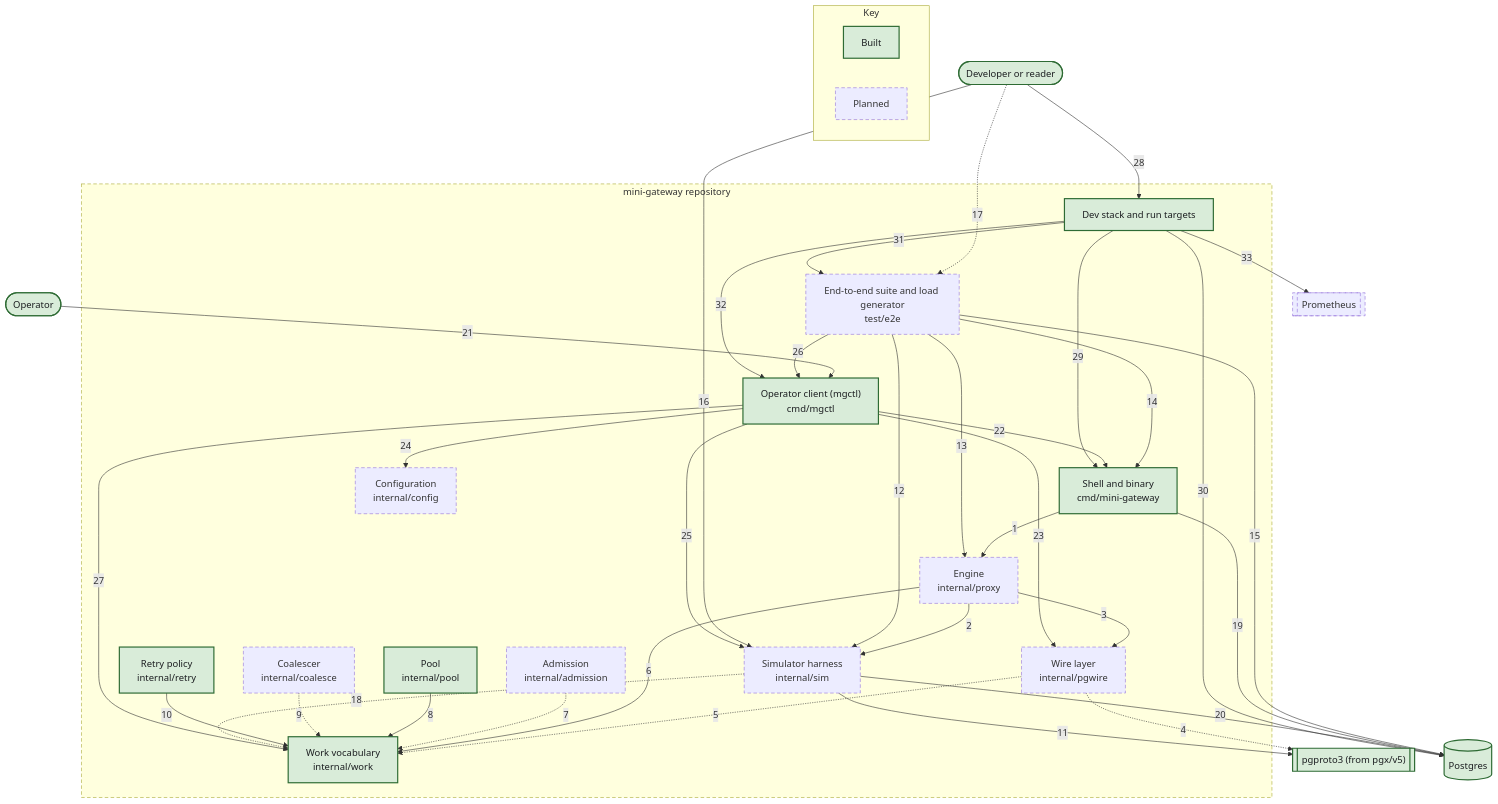
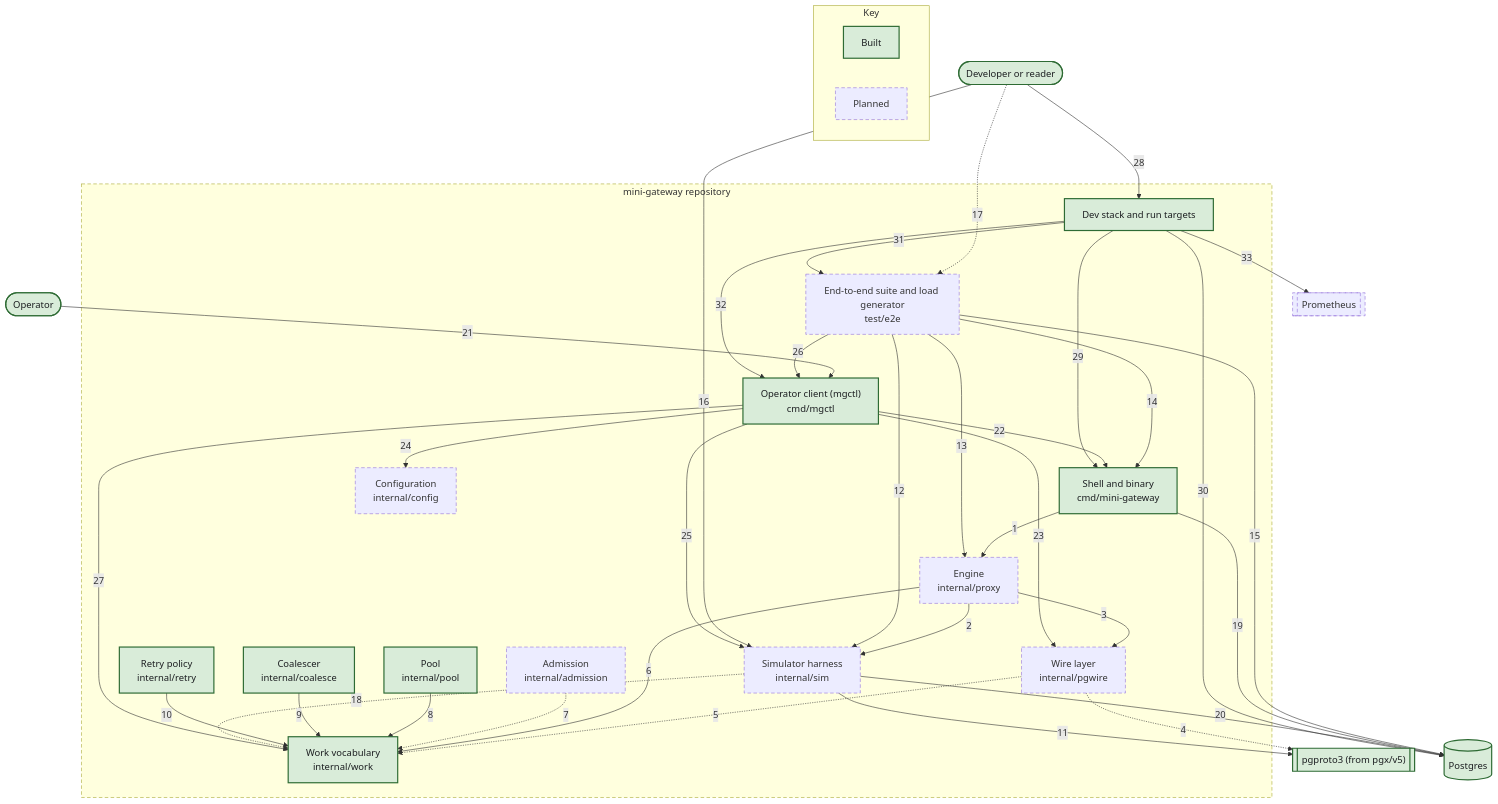
The diagram in docs/c4/diagrams/03-container-drivers-and-seams.mmd (nickstrad/mini-gateway), drawn with Mermaid before and after one commit. The commit also changed 19 other files, not shown here.

First line of the commit message:
c4: Mark the coalescer built and bring its diagrams up to the code

```diff
--- a/docs/c4/diagrams/03-container-drivers-and-seams.mmd
+++ b/docs/c4/diagrams/03-container-drivers-and-seams.mmd
@@ -1,61 +1,61 @@
 flowchart TB
   DEVELOPER(["Developer or reader"]):::built
   OPERATOR(["Operator"]):::built
   PGPROTO3[["pgproto3 (from pgx/v5)"]]:::built
   PG[("Postgres")]:::built
   PROM[["Prometheus"]]:::planned
   subgraph SCOPE["mini-gateway repository"]
     C_SIM["Simulator harness<br/>internal/sim"]:::planned
     C_E2E["End-to-end suite and load generator<br/>test/e2e"]:::planned
     C_MGCTL["Operator client (mgctl)<br/>cmd/mgctl"]:::built
     C_DEV["Dev stack and run targets"]:::built
     C_SHELL["Shell and binary<br/>cmd/mini-gateway"]:::built
     C_ENGINE["Engine<br/>internal/proxy"]:::planned
     C_PGWIRE["Wire layer<br/>internal/pgwire"]:::planned
     C_WORK["Work vocabulary<br/>internal/work"]:::built
     C_ADM["Admission<br/>internal/admission"]:::planned
     C_POOL["Pool<br/>internal/pool"]:::built
-    C_COAL["Coalescer<br/>internal/coalesce"]:::planned
+    C_COAL["Coalescer<br/>internal/coalesce"]:::built
     C_RETRY["Retry policy<br/>internal/retry"]:::built
     C_CONFIG["Configuration<br/>internal/config"]:::planned
   end
   C_SHELL -->|1| C_ENGINE
   C_ENGINE -->|2| C_SIM
   C_ENGINE -->|3| C_PGWIRE
   C_PGWIRE -.->|4| PGPROTO3
   C_PGWIRE -.->|5| C_WORK
   C_ENGINE -->|6| C_WORK
   C_ADM -.->|7| C_WORK
   C_POOL -->|8| C_WORK
-  C_COAL -.->|9| C_WORK
+  C_COAL -->|9| C_WORK
   C_RETRY -->|10| C_WORK
   C_SIM -->|11| PGPROTO3
   C_E2E -->|12| C_SIM
   C_E2E -->|13| C_ENGINE
   C_E2E -->|14| C_SHELL
   C_E2E -->|15| PG
   DEVELOPER -->|16| C_SIM
   DEVELOPER -.->|17| C_E2E
   C_SIM -.->|18| C_WORK
   C_SHELL -->|19| PG
   C_SIM -->|20| PG
   OPERATOR -->|21| C_MGCTL
   C_MGCTL -->|22| C_SHELL
   C_MGCTL -->|23| C_PGWIRE
   C_MGCTL -->|24| C_CONFIG
   C_MGCTL -->|25| C_SIM
   C_E2E -->|26| C_MGCTL
   C_MGCTL -->|27| C_WORK
   DEVELOPER -->|28| C_DEV
   C_DEV -->|29| C_SHELL
   C_DEV -->|30| PG
   C_DEV -->|31| C_E2E
   C_DEV -->|32| C_MGCTL
   C_DEV -->|33| PROM
   subgraph KEY["Key"]
     KEY_BUILT["Built"]:::built
     KEY_PLANNED["Planned"]:::planned
   end
   classDef built fill:#d9ecd9,stroke:#2e6b34,stroke-width:2px,color:#1c1e21
   classDef planned stroke-width:1px,stroke-dasharray:6 4
   style SCOPE stroke-dasharray:6 4
```
